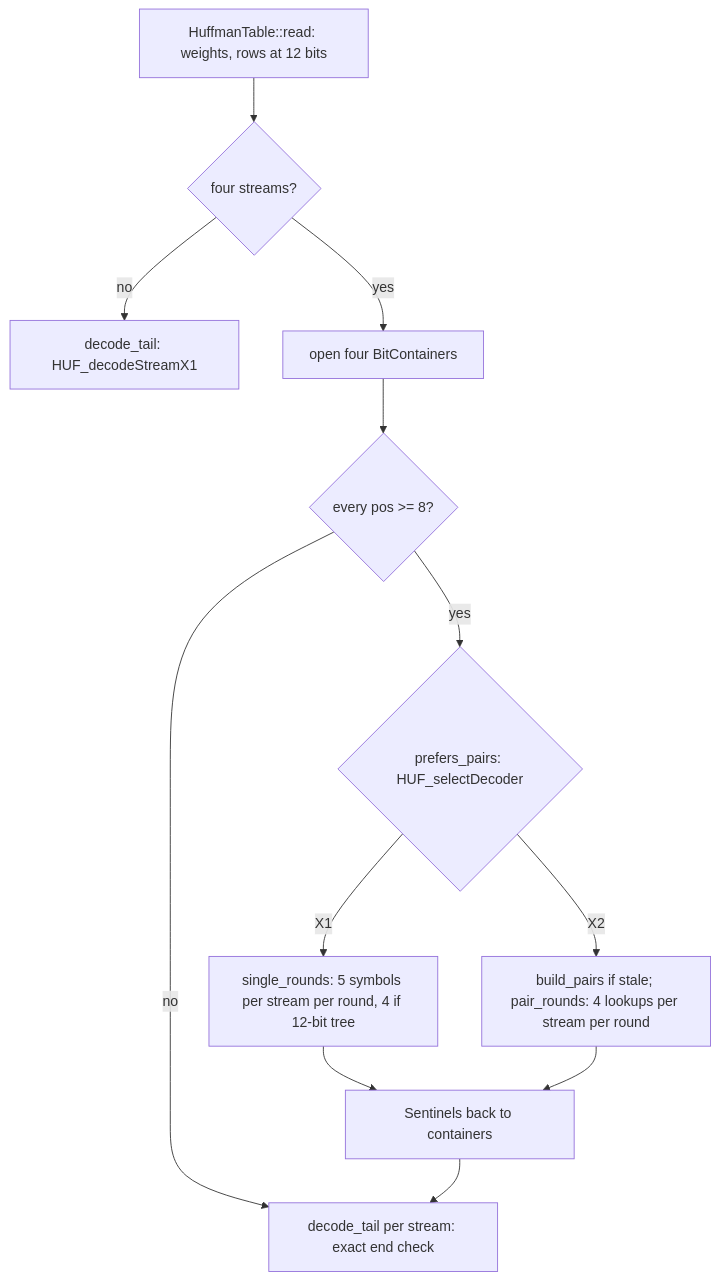
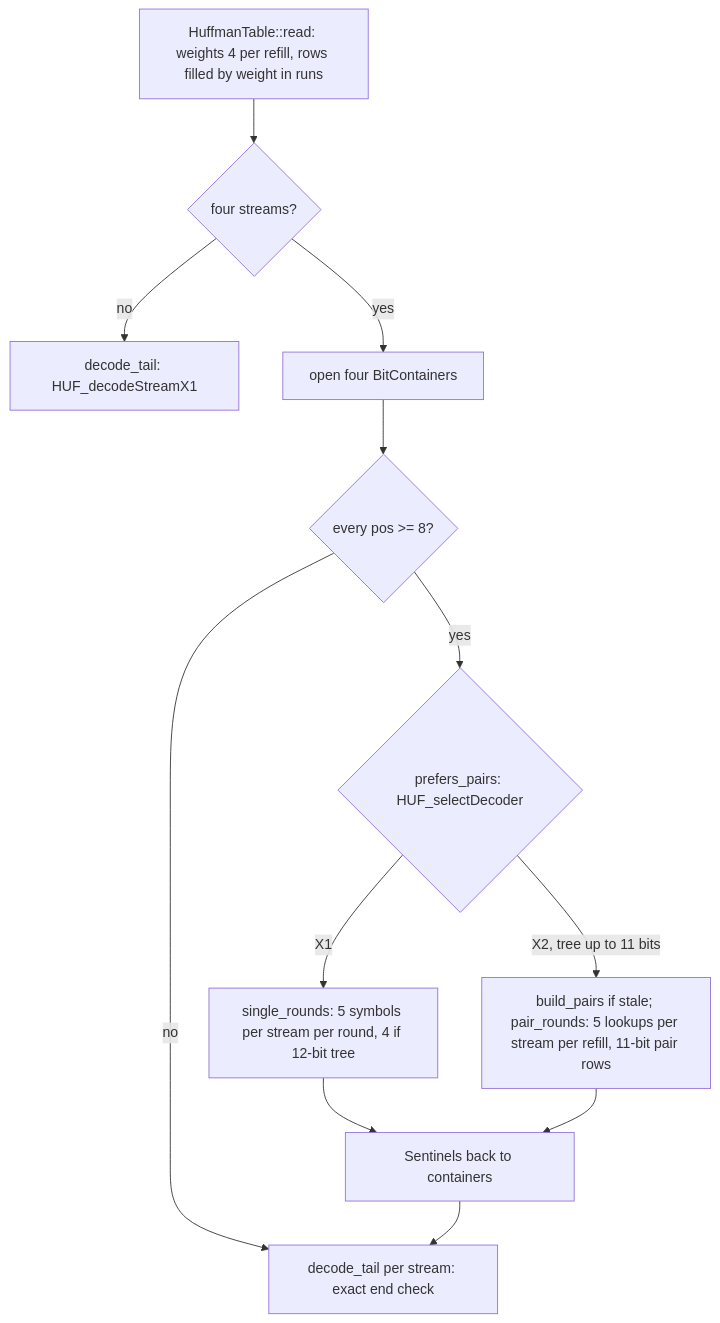
One commit to M-Compressors/mzstd changed the third of 7 diagrams in architecture/decoder-performance.md. Above: the diagram before and after it, drawn with Mermaid. The commit also changed other lines of this file and 419 other files, not shown here.

````diff
--- a/architecture/decoder-performance.md
+++ b/architecture/decoder-performance.md
@@ -98,14 +97,14 @@
 ```mermaid
 flowchart TD
-    Read[HuffmanTable::read: weights, rows at 12 bits] --> Kind{four streams?}
+    Read["HuffmanTable::read: weights 4 per refill, rows filled by weight in runs"] --> Kind{four streams?}
     Kind -->|no| Tail1[decode_tail: HUF_decodeStreamX1]
     Kind -->|yes| Open[open four BitContainers]
     Open --> Fast{every pos >= 8?}
     Fast -->|no| Tails
     Fast -->|yes| Sel{prefers_pairs: HUF_selectDecoder}
     Sel -->|X1| Single[single_rounds: 5 symbols per stream per round, 4 if 12-bit tree]
-    Sel -->|X2| Pairs[build_pairs if stale; pair_rounds: 4 lookups per stream per round]
+    Sel -->|X2, tree up to 11 bits| Pairs[build_pairs if stale; pair_rounds: 5 lookups per stream per refill, 11-bit pair rows]
     Single --> Back[Sentinels back to containers]
     Pairs --> Back
     Back --> Tails[decode_tail per stream: exact end check]
 ```
````
